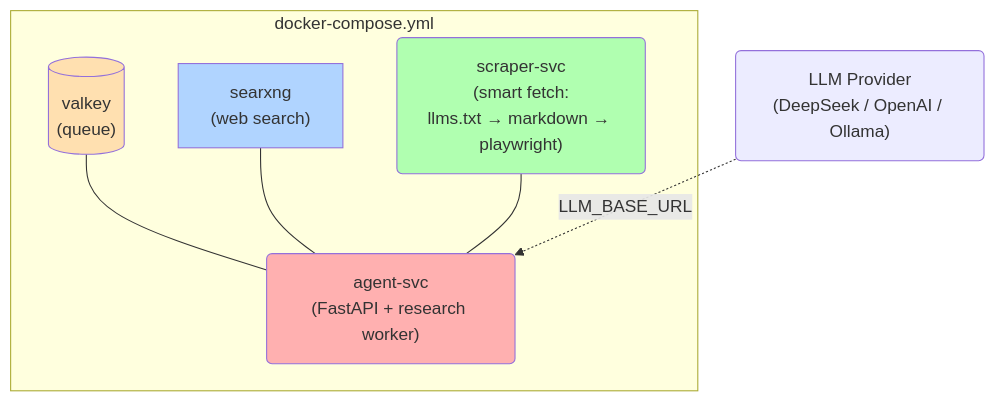
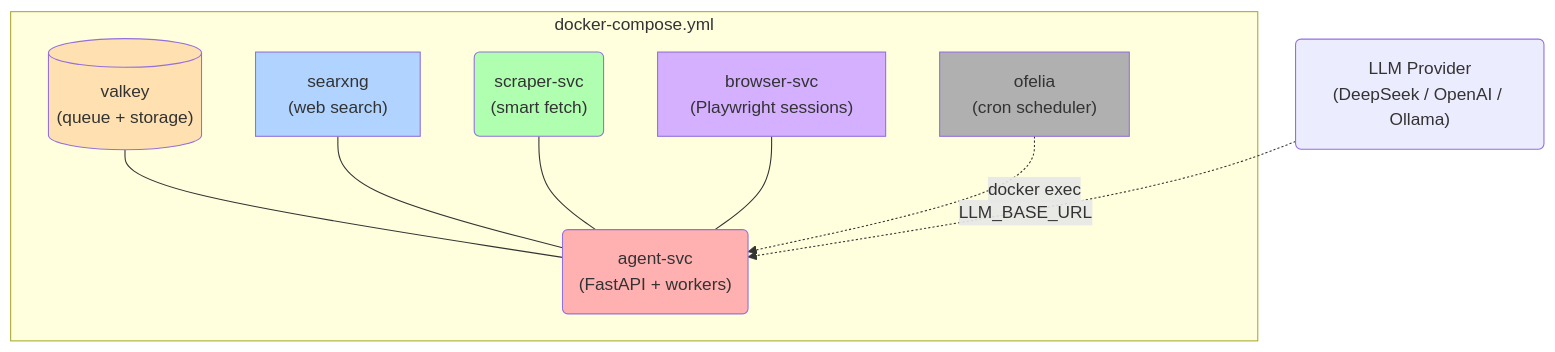
One commit to Gerkinfeltser/groktocrawl changed the diagram in README.md. Above: the diagram before and after it, drawn with Mermaid. The commit also changed other lines of this file, not shown here.

Commit message:
docs: update README with extract, browser, monitor endpoints

````diff
--- a/README.md
+++ b/README.md
@@ -52,19 +50,26 @@
 ```mermaid
 flowchart TD
     subgraph compose["docker-compose.yml"]
-        valkey[("valkey<br/>(queue)")]
+        valkey[("valkey<br/>(queue + storage)")]
         searxng["searxng<br/>(web search)"]
-        scraper("scraper-svc<br/>(smart fetch:<br/>llms.txt → markdown → playwright)")
-        agent("agent-svc<br/>(FastAPI + research worker)")
+        scraper("scraper-svc<br/>(smart fetch)")
+        browser["browser-svc<br/>(Playwright sessions)"]
+        agent("agent-svc<br/>(FastAPI + workers)")
+        ofelia["ofelia<br/>(cron scheduler)"]
+
         valkey --- agent
         searxng --- agent
         scraper --- agent
+        browser --- agent
+        ofelia -.->|docker exec| agent
     end
     llm_provider("LLM Provider<br/>(DeepSeek / OpenAI / Ollama)")
     llm_provider -.->|LLM_BASE_URL| agent
 
     style valkey fill:#ffe0b0
     style searxng fill:#b0d4ff
     style scraper fill:#b0ffb0
+    style browser fill:#d4b0ff
     style agent fill:#ffb0b0
+    style ofelia fill:#b0b0b0
 ```
````
